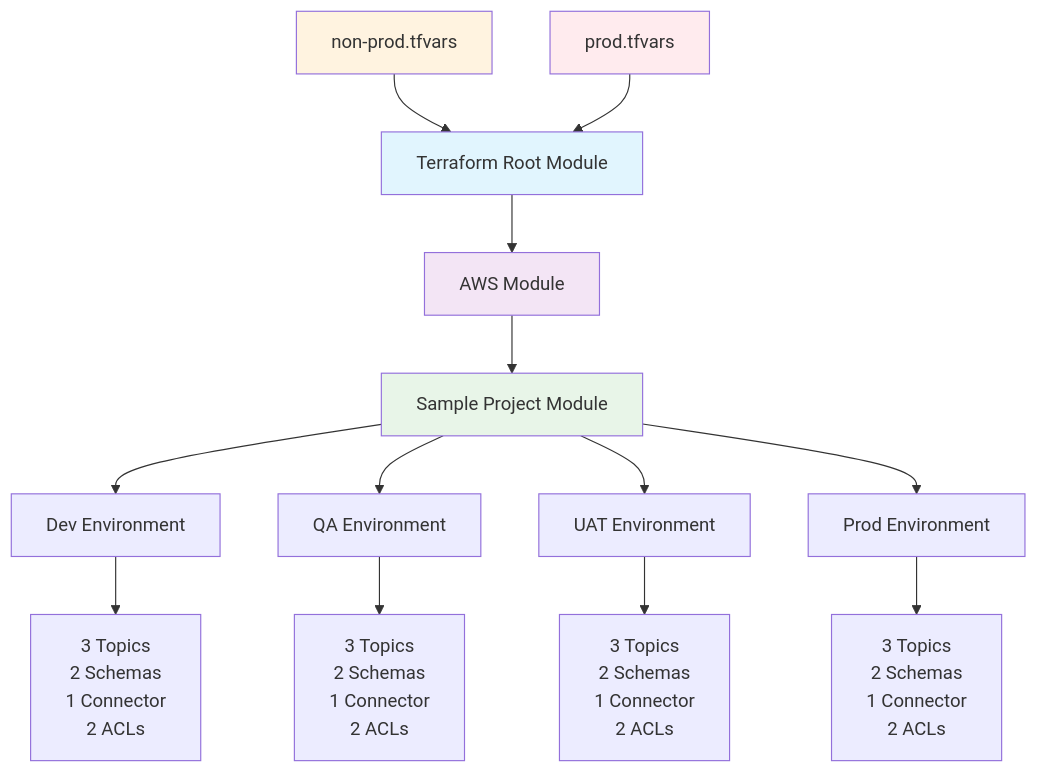
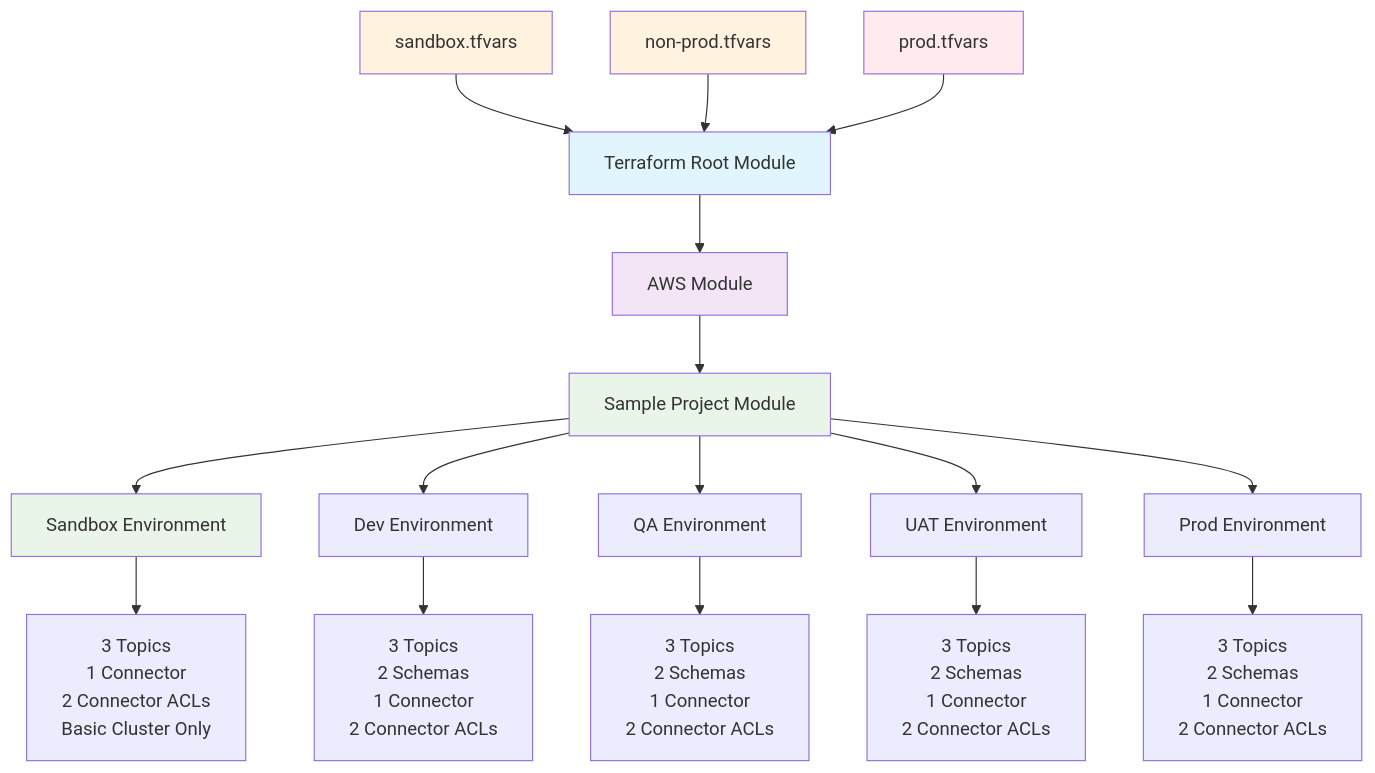
One commit to aakashchhabra1989/Confluent_resource changed the first of 10 diagrams in architecture/ARCHITECTURE_DIAGRAMS.md. Above: the diagram before and after it, drawn with Mermaid. The commit also changed other lines of this file and 25 other files, not shown here.

````diff
--- a/architecture/ARCHITECTURE_DIAGRAMS.md
+++ b/architecture/ARCHITECTURE_DIAGRAMS.md
@@ -7,24 +7,29 @@
 ```mermaid
 flowchart TD
     A[Terraform Root Module] --> B[AWS Module]
     B --> C[Sample Project Module]
     
-    D[non-prod.tfvars] --> A
-    E[prod.tfvars] --> A
+    D[sandbox.tfvars] --> A
+    E[non-prod.tfvars] --> A
+    F[prod.tfvars] --> A
     
-    C --> F[Dev Environment]
-    C --> G[QA Environment] 
-    C --> H[UAT Environment]
-    C --> I[Prod Environment]
+    C --> G[Sandbox Environment]
+    C --> H[Dev Environment]
+    C --> I[QA Environment] 
+    C --> J[UAT Environment]
+    C --> K[Prod Environment]
     
-    F --> J[3 Topics<br/>2 Schemas<br/>1 Connector<br/>2 ACLs]
-    G --> K[3 Topics<br/>2 Schemas<br/>1 Connector<br/>2 ACLs]
-    H --> L[3 Topics<br/>2 Schemas<br/>1 Connector<br/>2 ACLs]
-    I --> M[3 Topics<br/>2 Schemas<br/>1 Connector<br/>2 ACLs]
+    G --> L[3 Topics<br/>1 Connector<br/>2 Connector ACLs<br/>Basic Cluster Only]
+    H --> M[3 Topics<br/>2 Schemas<br/>1 Connector<br/>2 Connector ACLs]
+    I --> N[3 Topics<br/>2 Schemas<br/>1 Connector<br/>2 Connector ACLs]
+    J --> O[3 Topics<br/>2 Schemas<br/>1 Connector<br/>2 Connector ACLs]
+    K --> P[3 Topics<br/>2 Schemas<br/>1 Connector<br/>2 Connector ACLs]
     
     style A fill:#e1f5fe
     style B fill:#f3e5f5
     style C fill:#e8f5e8
     style D fill:#fff3e0
-    style E fill:#ffebee
+    style E fill:#fff3e0
+    style F fill:#ffebee
+    style G fill:#e8f5e8
 ```
````
